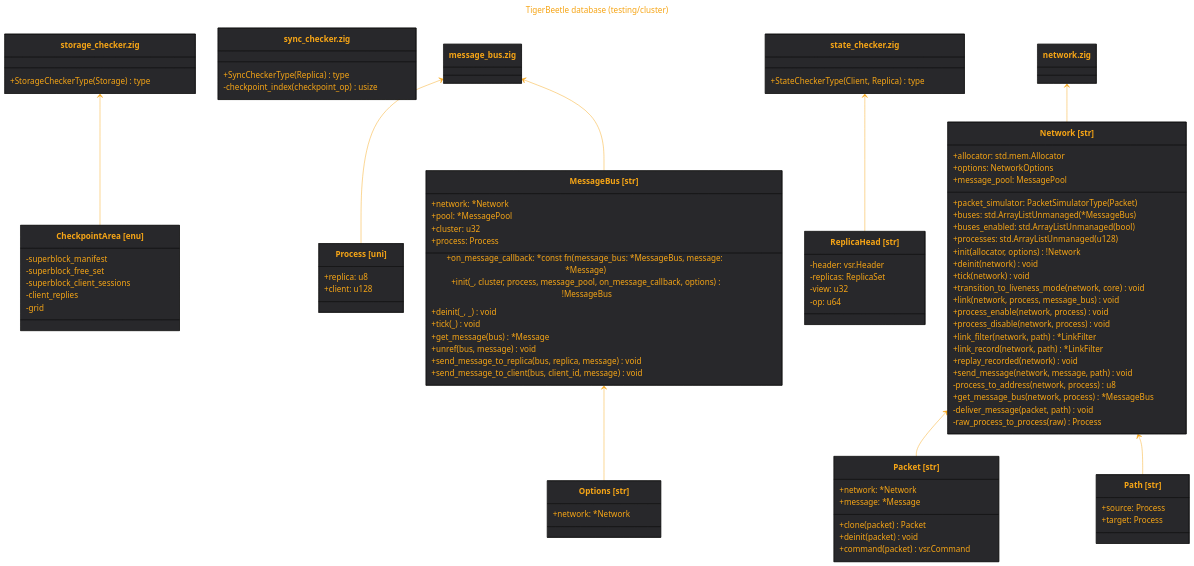
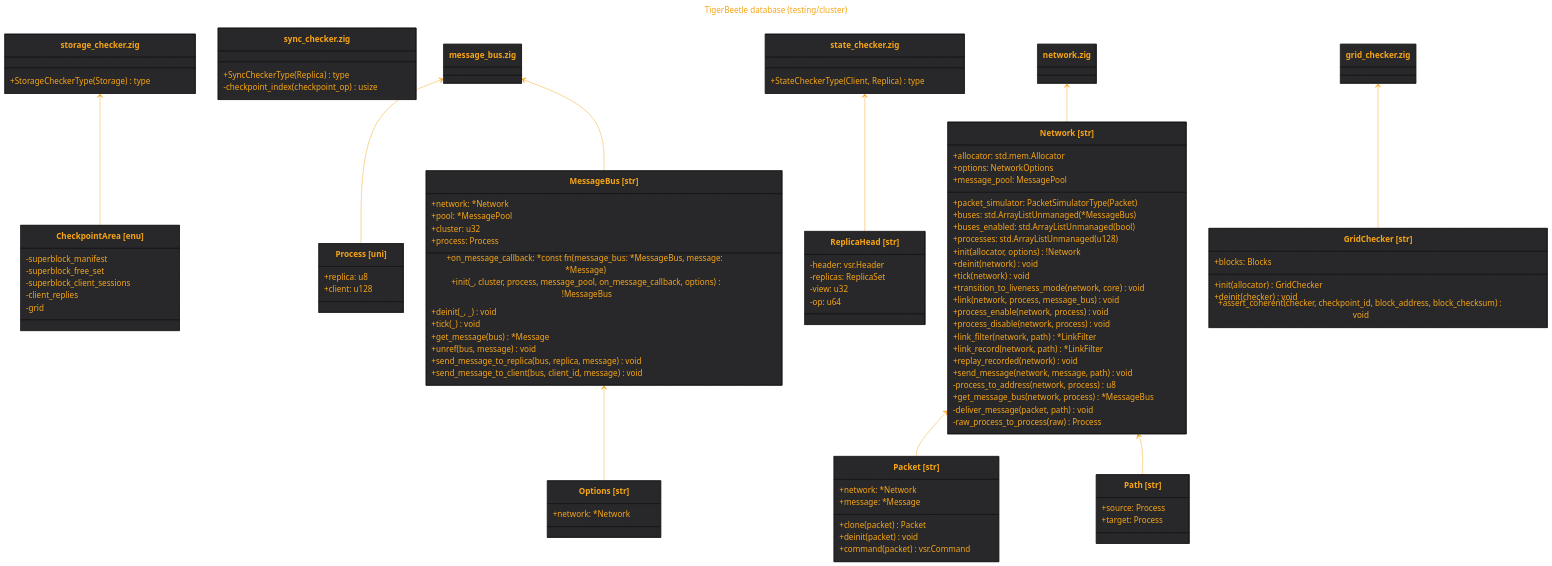
Before and after one commit to tensorush/meduza: the diagram in out/src.testing.cluster.md, drawn with Mermaid. The commit also changed 9 other files, not shown here.

````diff
--- a/out/src.testing.cluster.md
+++ b/out/src.testing.cluster.md
@@ -22,7 +22,7 @@
     -client_replies
     -grid
 }
-link CheckpointArea "https://github.com/tigerbeetle/tigerbeetle/blob/main/src/testing/cluster/storage_checker.zig#L44"
+link CheckpointArea "https://github.com/tigerbeetle/tigerbeetle/blob/main/src/testing/cluster/storage_checker.zig#L45"
 class `storage_checker.zig` {
     +StorageCheckerType(Storage) type
 }
@@ -117,4 +117,14 @@
 class `network.zig`
 `network.zig` <-- Network
 link `network.zig` "https://github.com/tigerbeetle/tigerbeetle/blob/main/src/testing/cluster/network.zig"
+class GridChecker["GridChecker [str]"] {
+    +blocks: Blocks
+    +init(allocator) GridChecker
+    +deinit(checker) void
+    +assert_coherent(checker, checkpoint_id, block_address, block_checksum) void
+}
+link GridChecker "https://github.com/tigerbeetle/tigerbeetle/blob/main/src/testing/cluster/grid_checker.zig#L4"
+class `grid_checker.zig`
+`grid_checker.zig` <-- GridChecker
+link `grid_checker.zig` "https://github.com/tigerbeetle/tigerbeetle/blob/main/src/testing/cluster/grid_checker.zig"
 ```
````
